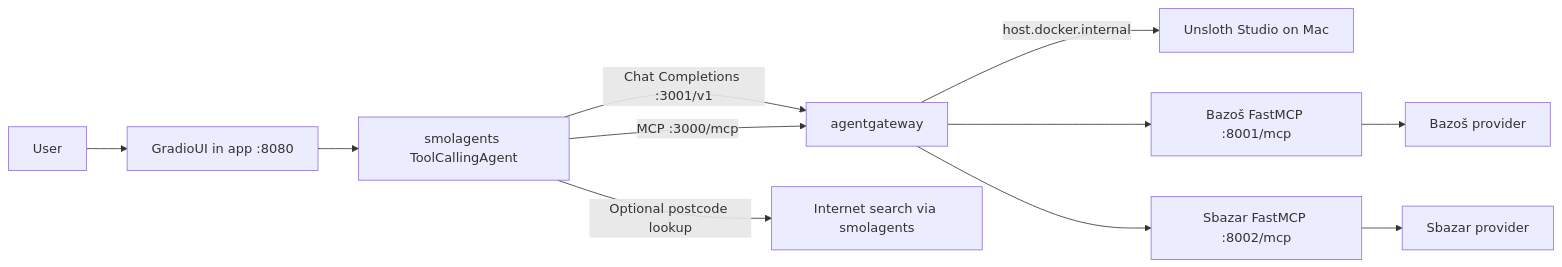
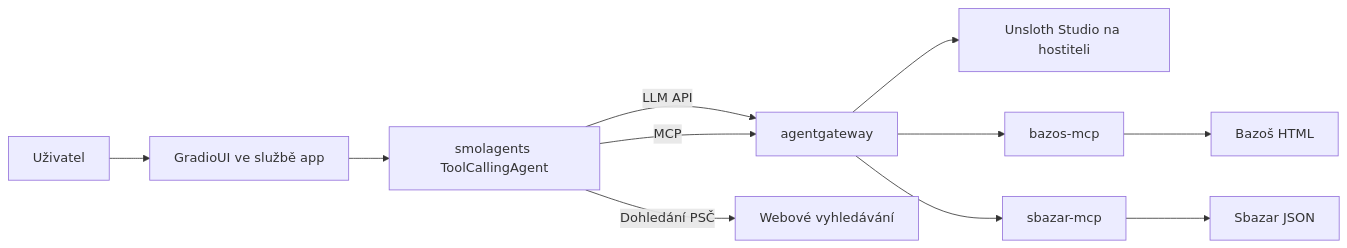
The diagram in 01/docs/architecture.md (HajekMartin/agents-course-laba), drawn with Mermaid before and after one commit. The commit also changed other lines of this file and 6 other files, not shown here.

````diff
--- a/01/docs/architecture.md
+++ b/01/docs/architecture.md
@@ -7,13 +6,13 @@
 ```mermaid
 flowchart LR
-    User --> UI[GradioUI in app :8080]
+    User[Uživatel] --> UI[GradioUI ve službě app]
     UI --> Agent[smolagents ToolCallingAgent]
-    Agent -->|Chat Completions :3001/v1| Gateway[agentgateway]
-    Agent -->|MCP :3000/mcp| Gateway
-    Agent -->|Optional postcode lookup| Web[Internet search via smolagents]
-    Gateway -->|host.docker.internal| Unsloth[Unsloth Studio on Mac]
-    Gateway --> Bazos[Bazoš FastMCP :8001/mcp]
-    Gateway --> Sbazar[Sbazar FastMCP :8002/mcp]
-    Bazos --> BP[Bazoš provider]
-    Sbazar --> SP[Sbazar provider]
+    Agent -->|LLM API| Gateway[agentgateway]
+    Agent -->|MCP| Gateway
+    Agent -->|Dohledání PSČ| Web[Webové vyhledávání]
+    Gateway --> Unsloth[Unsloth Studio na hostiteli]
+    Gateway --> Bazos[bazos-mcp]
+    Gateway --> Sbazar[sbazar-mcp]
+    Bazos --> BP[Bazoš HTML]
+    Sbazar --> SP[Sbazar JSON]
 ```
````
